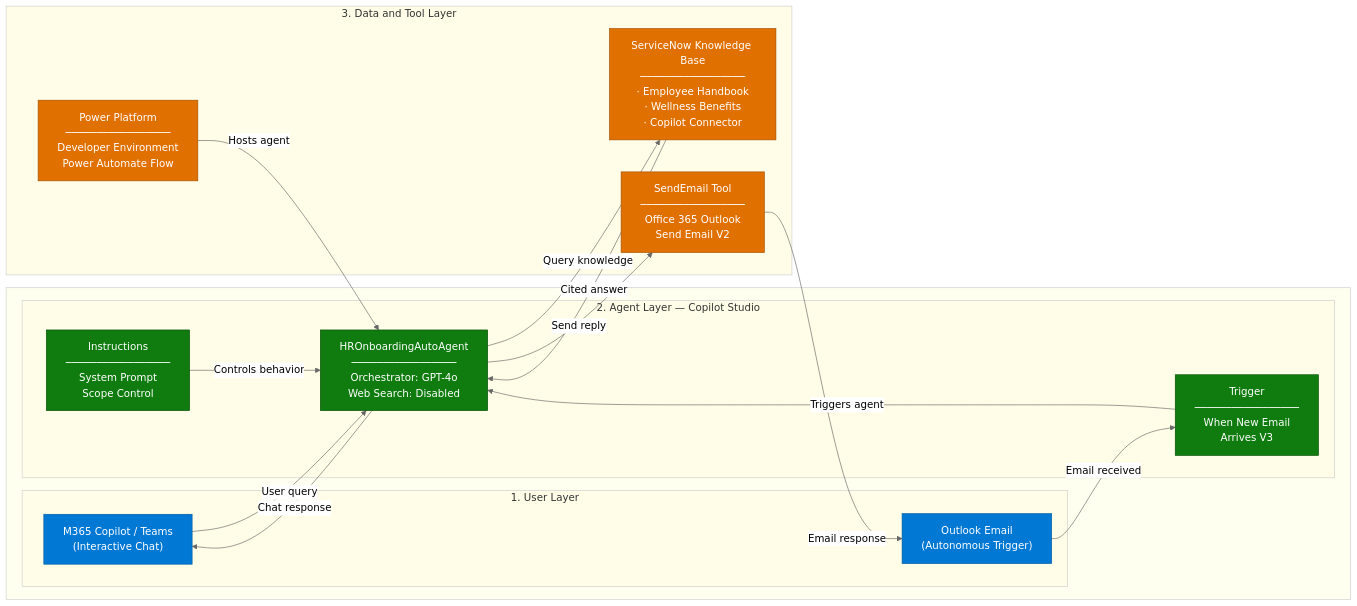
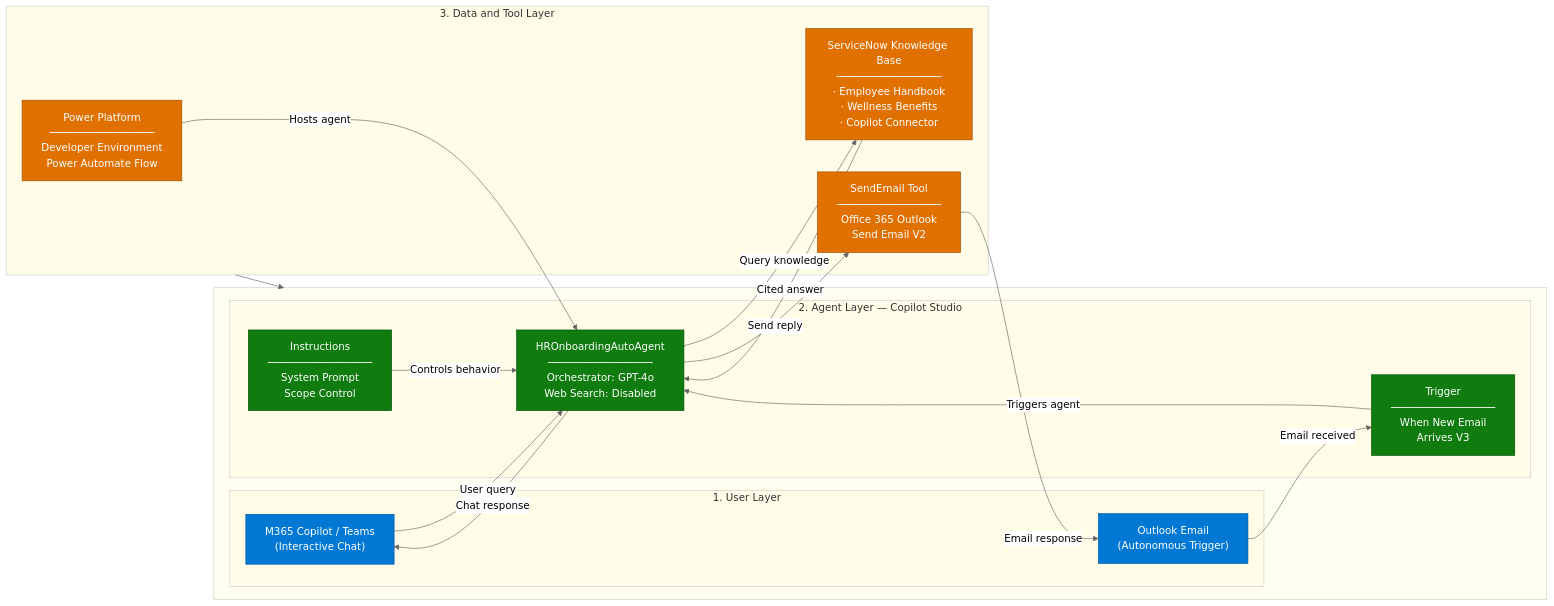
The first of 3 diagrams in 02-scenarios/HR-Onboarding-Agent/2. Architecture.md (Seungjin-Ryu/Cloud-Accelerate-Factory-for-Agents-Runbooks), drawn with Mermaid (neutral theme) before and after one commit.

Commit message:
Update 2. Architecture.md

````diff
--- a/02-scenarios/HR-Onboarding-Agent/2. Architecture.md
+++ b/02-scenarios/HR-Onboarding-Agent/2. Architecture.md
@@ -11,45 +11,47 @@
 ```mermaid
 flowchart LR
-    subgraph LEFT["&nbsp;"]
+    subgraph RIGHT["&nbsp;"]
         subgraph USER["1. User Layer"]
             U1["M365 Copilot / Teams<br/>(Interactive Chat)"]
             U2["Outlook Email<br/>(Autonomous Trigger)"]
         end
 
         subgraph AGENT["2. Agent Layer — Copilot Studio"]
             IN["Instructions<br/>─────────────────<br/>System Prompt<br/>Scope Control"]
             AG["HROnboardingAutoAgent<br/>─────────────────<br/>Orchestrator: GPT-4o<br/>Web Search: Disabled"]
             TR["Trigger<br/>─────────────────<br/>When New Email<br/>Arrives V3"]
         end
     end
 
     subgraph DATA["3. Data and Tool Layer"]
         PP["Power Platform<br/>─────────────────<br/>Developer Environment<br/>Power Automate Flow"]
         KB["ServiceNow Knowledge Base<br/>─────────────────<br/>· Employee Handbook<br/>· Wellness Benefits<br/>· Copilot Connector"]
         TL["SendEmail Tool<br/>─────────────────<br/>Office 365 Outlook<br/>Send Email V2"]
     end
+
+    DATA --> RIGHT
 
     U1 -->|"User query"| AG
     U2 -->|"Email received"| TR
     TR -->|"Triggers agent"| AG
     IN -->|"Controls behavior"| AG
     AG -->|"Query knowledge"| KB
     KB -->|"Cited answer"| AG
     AG -->|"Send reply"| TL
     TL -->|"Email response"| U2
     AG -->|"Chat response"| U1
     PP -->|"Hosts agent"| AG
 
     style U1 fill:#0078D4,color:#fff,stroke:#005A9E
     style U2 fill:#0078D4,color:#fff,stroke:#005A9E
     style AG fill:#107C10,color:#fff,stroke:#004B00
     style TR fill:#107C10,color:#fff,stroke:#004B00
     style IN fill:#107C10,color:#fff,stroke:#004B00
     style KB fill:#E07000,color:#fff,stroke:#A05000
     style TL fill:#E07000,color:#fff,stroke:#A05000
     style PP fill:#E07000,color:#fff,stroke:#A05000
-    style LEFT fill:#fffff0,stroke:#ccc
+    style RIGHT fill:#fffff0,stroke:#ccc
     style USER fill:#fffde7,stroke:#ccc
     style AGENT fill:#fffde7,stroke:#ccc
     style DATA fill:#fffde7,stroke:#ccc
 ```
````
